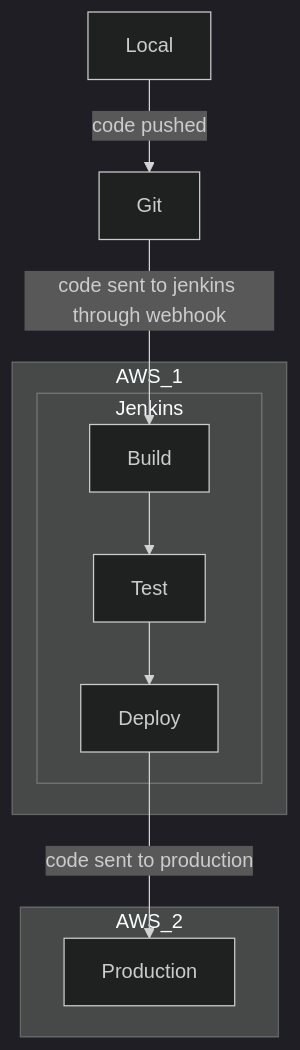
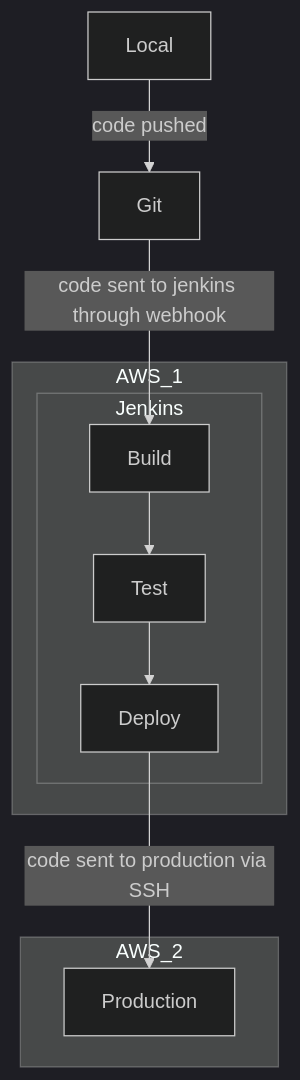
The diagram in docs/Architecture.md (MiikaMatias/tsoha), drawn with Mermaid (dark theme) before and after one commit. The commit also changed other lines of this file, not shown here.

````diff
--- a/docs/Architecture.md
+++ b/docs/Architecture.md
@@ -5,15 +5,15 @@
 ```mermaid
   graph TD;
       Local-->|code pushed|Git;
       Git-->|code sent to jenkins through webhook|Build;
       subgraph AWS_2
       Production
       end
       subgraph AWS_1
       subgraph Jenkins
       Build-->Test
       Test-->Deploy
-      Deploy-->|code sent to production|Production
+      Deploy-->|code sent to production via SSH|Production
       end
       end
 ```
````
